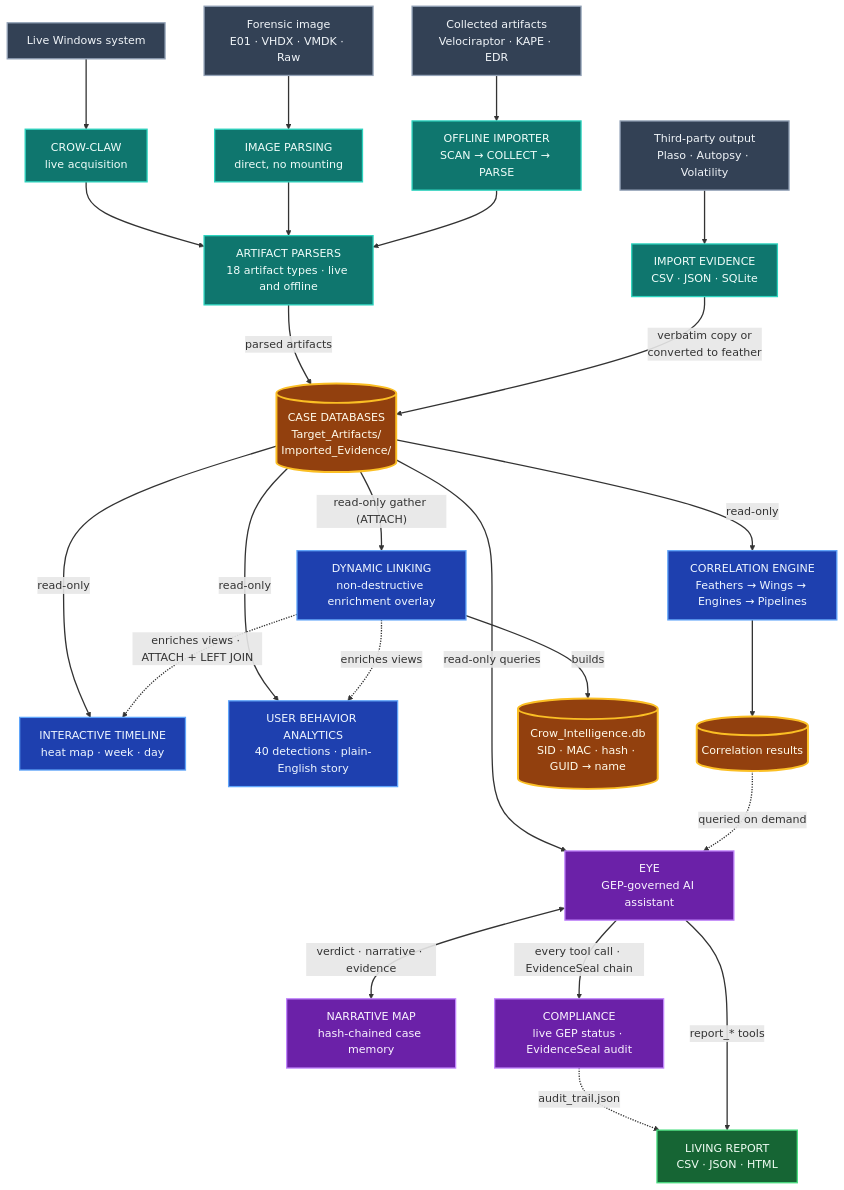
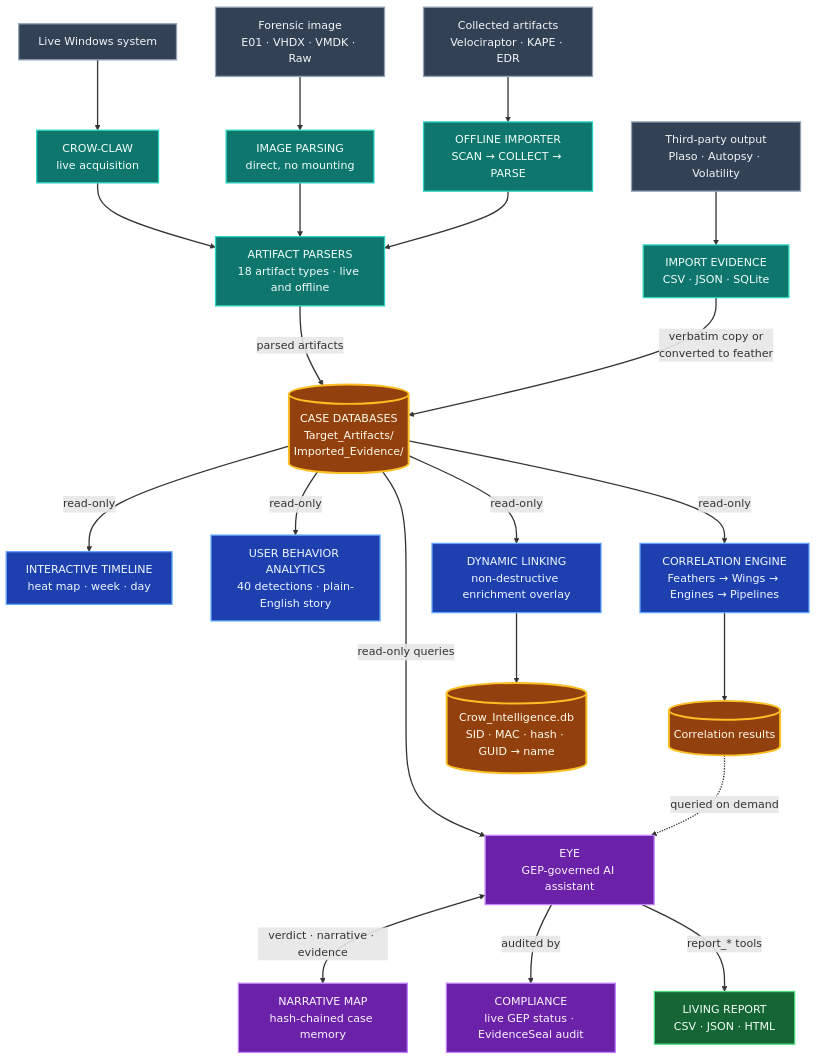
One commit to Ghassan-elsman/Crow-Eye changed the diagram in README.md. Above: the diagram before and after it, drawn with Mermaid. The commit also changed other lines of this file, not shown here.

Commit message:
Clarify Dynamic Linking in architecture diagram
- Place Dynamic Linking on the same level as Timeline and UBA: a fourth
  independent read-only reader of the case databases (CASE -> DL -> INTEL,
  mirroring CASE -> CE -> RES).
- Remove the enrichment edges from Dynamic Linking to the Timeline and UBA;
  Dynamic Linking has nothing to do with the Timeline visualization. Enrichment
  is inline in the artifact data tables, described in prose/table instead.
- Simplify the Compliance edge to 'audited by'.

```diff
--- a/README.md
+++ b/README.md
@@ -149,19 +149,15 @@
     CASE -- "read-only" --> TL
     CASE -- "read-only" --> UB
     CASE -- "read-only" --> CE
+    CASE -- "read-only" --> DL
     CE --> RES
-
-    CASE -- "read-only gather (ATTACH)" --> DL
-    DL -- "builds" --> INTEL
-    DL -. "enriches views · ATTACH + LEFT JOIN" .-> TL
-    DL -. "enriches views" .-> UB
+    DL --> INTEL
 
     CASE -- "read-only queries" --> EYE
     RES -. "queried on demand" .-> EYE
     EYE <== "verdict · narrative · evidence" ==> NM
 
-    EYE -- "every tool call · EvidenceSeal chain" --> COMP
-    COMP -. "audit_trail.json" .-> OUT
+    EYE -- "audited by" --> COMP
 
     EYE -- "report_* tools" --> OUT
 
```
